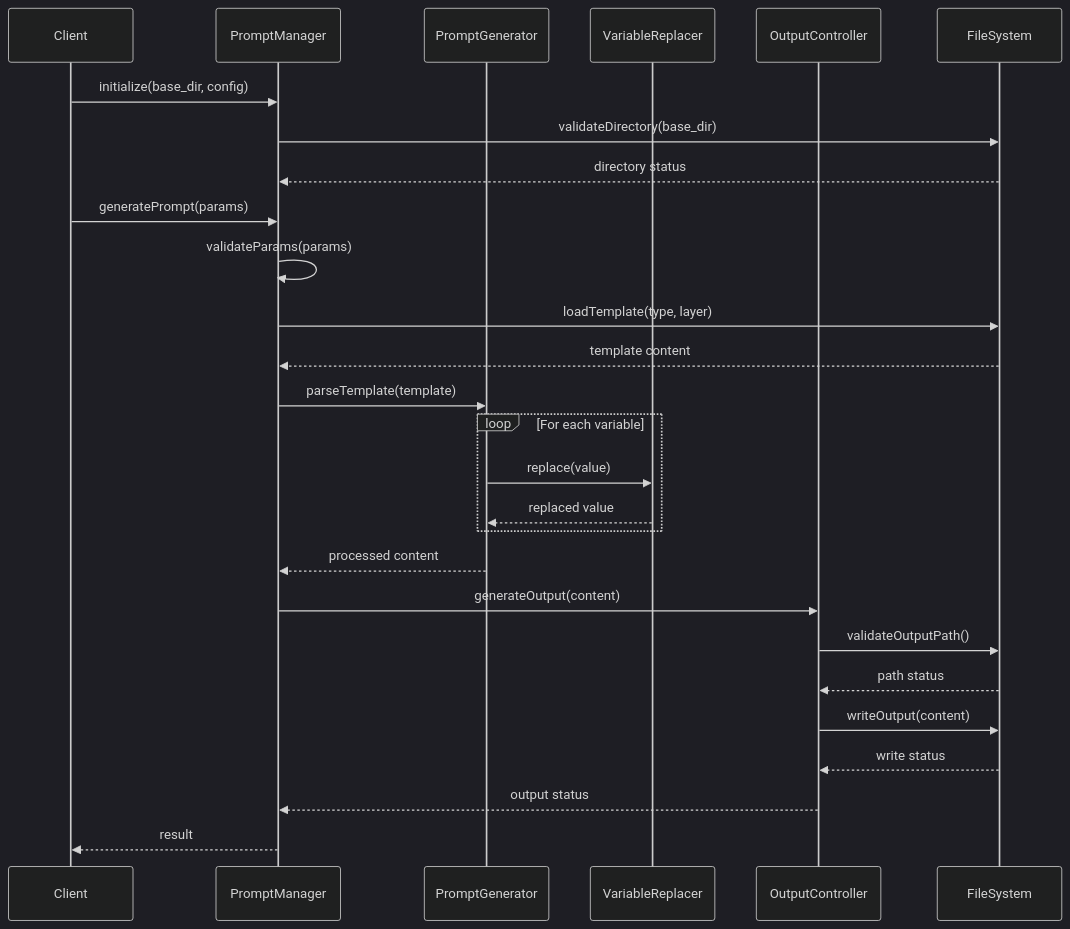
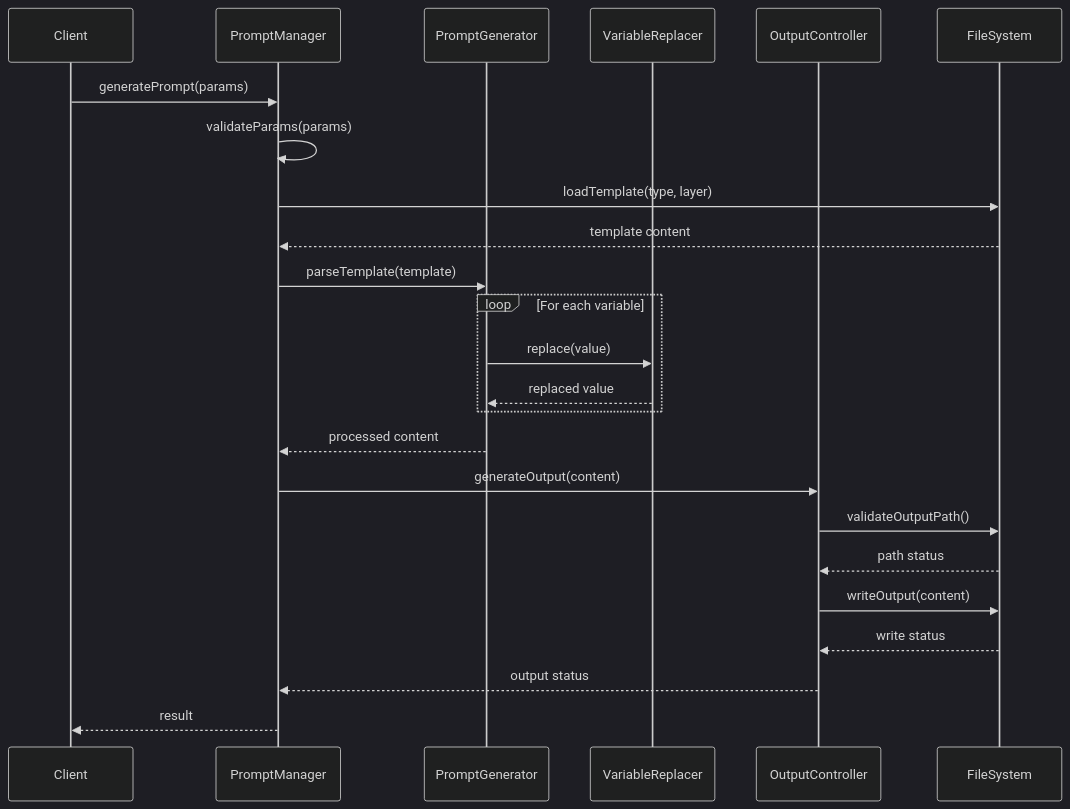
One commit to tettuan/breakdownprompt changed the diagram in docs/uml/sequence.md. Above: the diagram before and after it, drawn with Mermaid (dark theme). The commit also changed 16 other files, not shown here.

````diff
--- a/docs/uml/sequence.md
+++ b/docs/uml/sequence.md
@@ -1,33 +1,29 @@
 ```mermaid
 sequenceDiagram
     participant Client
     participant PromptManager
     participant PromptGenerator
     participant VariableReplacer
     participant OutputController
     participant FileSystem
-
-    Client->>PromptManager: initialize(base_dir, config)
-    PromptManager->>FileSystem: validateDirectory(base_dir)
-    FileSystem-->>PromptManager: directory status
 
     Client->>PromptManager: generatePrompt(params)
     PromptManager->>PromptManager: validateParams(params)
     PromptManager->>FileSystem: loadTemplate(type, layer)
     FileSystem-->>PromptManager: template content
     PromptManager->>PromptGenerator: parseTemplate(template)
     
     loop For each variable
         PromptGenerator->>VariableReplacer: replace(value)
         VariableReplacer-->>PromptGenerator: replaced value
     end
     
     PromptGenerator-->>PromptManager: processed content
     PromptManager->>OutputController: generateOutput(content)
     OutputController->>FileSystem: validateOutputPath()
     FileSystem-->>OutputController: path status
     OutputController->>FileSystem: writeOutput(content)
     FileSystem-->>OutputController: write status
     OutputController-->>PromptManager: output status
     PromptManager-->>Client: result
 ```
````
